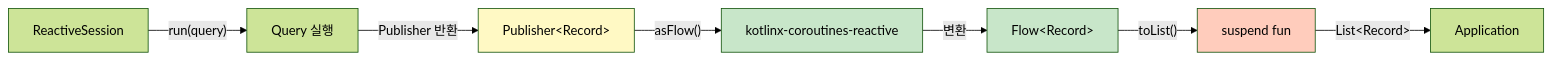
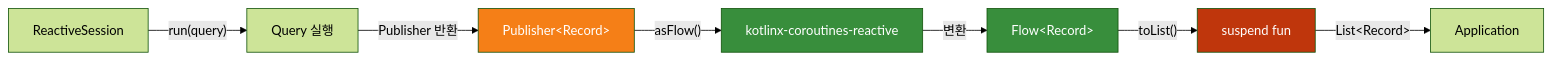
One commit to bluetape4k/bluetape4k-experimental changed the second of 12 diagrams in graph/graph-neo4j/README.md. Above: the diagram before and after it, drawn with Mermaid (forest theme). The commit also changed other lines of this file and 71 other files, not shown here.

First line of the commit message:
feat(graph): Memgraph, TinkerPop 백엔드 및 Neo4j/Memgraph/TinkerPop 예제 추가

````diff
--- a/graph/graph-neo4j/README.md
+++ b/graph/graph-neo4j/README.md
@@ -51,22 +51,22 @@
 ```mermaid
 graph LR
     ReactiveSession["ReactiveSession"]
     Query["Query 실행"]
     Publisher["Publisher&lt;Record&gt;"]
     Reactive["kotlinx-coroutines-reactive"]
     Flow["Flow&lt;Record&gt;"]
     Suspend["suspend fun"]
     App["Application"]
 
     ReactiveSession -->|"run(query)"| Query
     Query -->|"Publisher 반환"| Publisher
     Publisher -->|"asFlow()"| Reactive
     Reactive -->|"변환"| Flow
     Flow -->|"toList()"| Suspend
     Suspend -->|"List&lt;Record&gt;"| App
 
-    style Publisher fill:#fff9c4
-    style Reactive fill:#c8e6c9
-    style Flow fill:#c8e6c9
-    style Suspend fill:#ffccbc
+    style Publisher fill:#F57F17,color:#fff
+    style Reactive fill:#388E3C,color:#fff
+    style Flow fill:#388E3C,color:#fff
+    style Suspend fill:#BF360C,color:#fff
 ```
````
